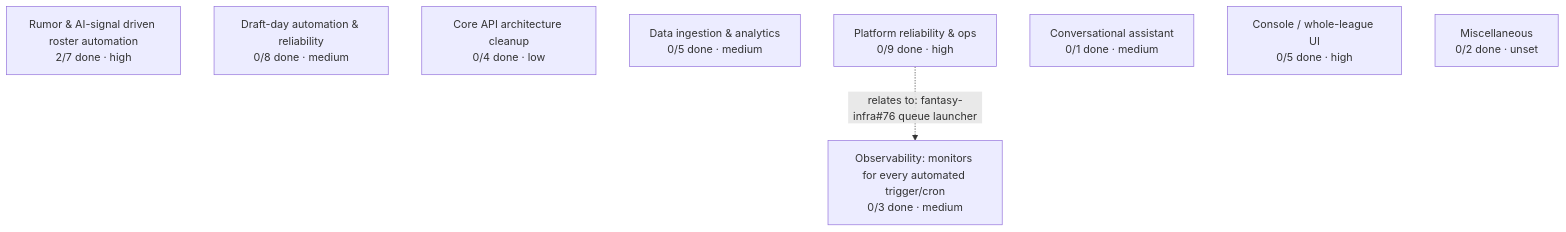
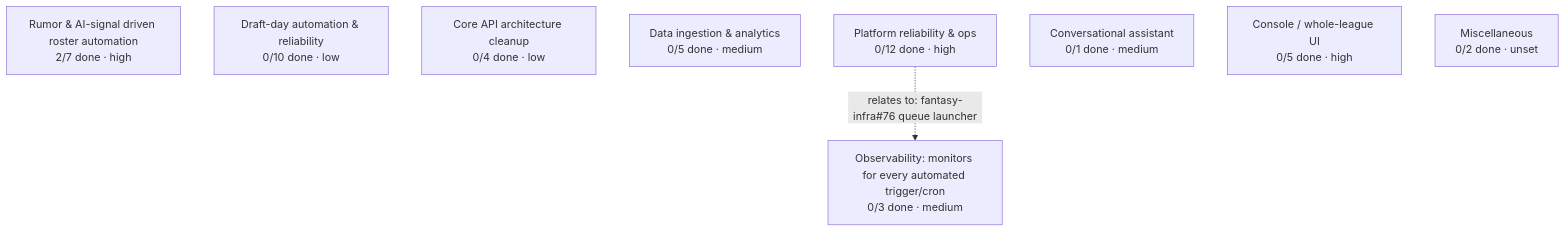
The diagram in docs/project-map.md (cvillarr23/fantasy-project), drawn with Mermaid before and after one commit. The commit also changed other lines of this file, not shown here.

Commit message:
Regenerate project-map.md (draft-day epic now low priority)

````diff
--- a/docs/project-map.md
+++ b/docs/project-map.md
@@ -6,13 +6,13 @@
 ```mermaid
 flowchart TD
     E3["Rumor & AI-signal driven roster automation<br/>2/7 done &middot; high"]
-    E4["Draft-day automation & reliability<br/>0/8 done &middot; medium"]
+    E4["Draft-day automation & reliability<br/>0/10 done &middot; low"]
     E5["Core API architecture cleanup<br/>0/4 done &middot; low"]
     E6["Data ingestion & analytics<br/>0/5 done &middot; medium"]
-    E7["Platform reliability & ops<br/>0/9 done &middot; high"]
+    E7["Platform reliability & ops<br/>0/12 done &middot; high"]
     E8["Conversational assistant<br/>0/1 done &middot; medium"]
     E9["Console / whole-league UI<br/>0/5 done &middot; high"]
     E10["Miscellaneous<br/>0/2 done &middot; unset"]
     E11["Observability: monitors for every automated trigger/cron<br/>0/3 done &middot; medium"]
     E7 -.->|relates to: fantasy-infra#76 queue launcher| E11
 ```
````
